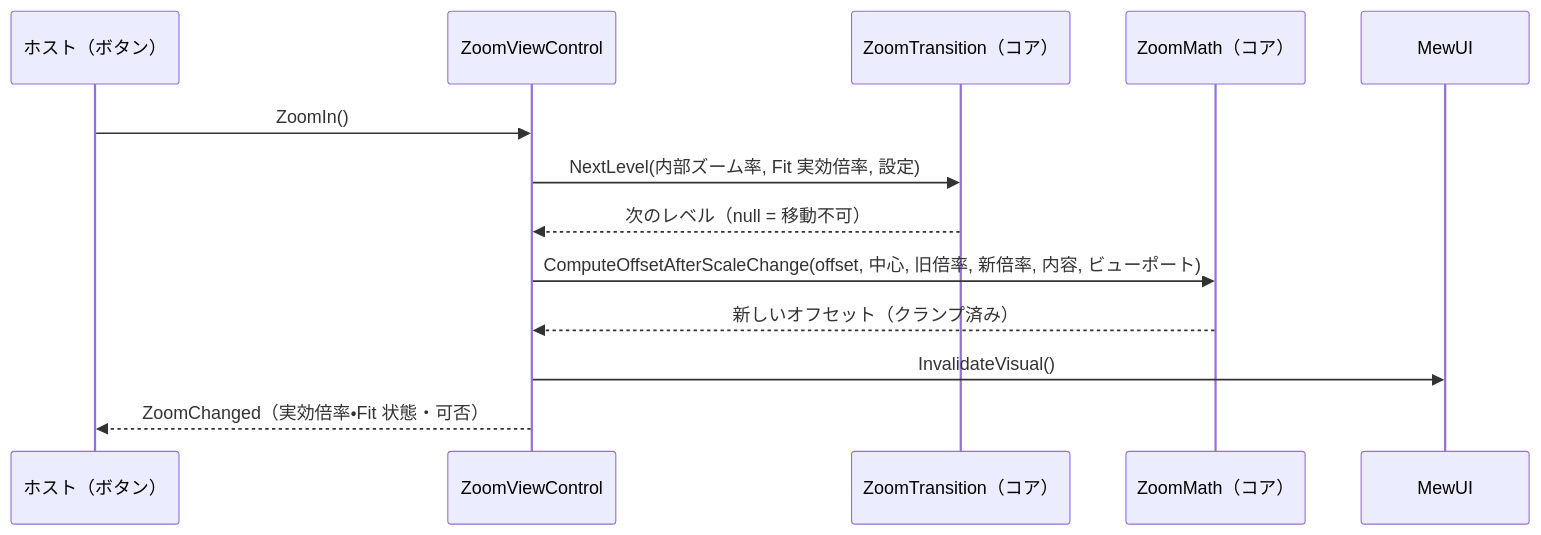
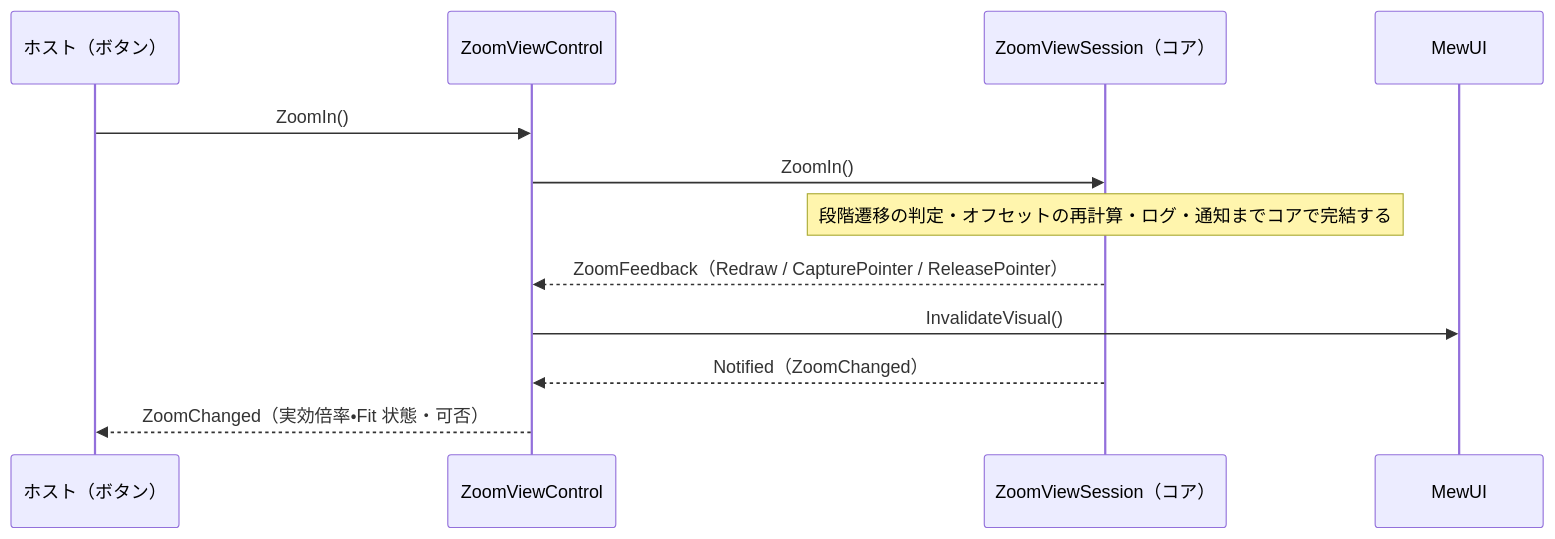
One commit to tomokuni/SaveEvidence changed the second of 4 diagrams in src/ZoomViewControl.MewUI/SPEC_System.md. Above: the diagram before and after it, drawn with Mermaid. The commit also changed other lines of this file and 226 other files, not shown here.

````diff
--- a/src/ZoomViewControl.MewUI/SPEC_System.md
+++ b/src/ZoomViewControl.MewUI/SPEC_System.md
@@ -152,16 +149,15 @@
 ```mermaid
 sequenceDiagram
     participant H as ホスト（ボタン）
     participant Z as ZoomViewControl
-    participant T as ZoomTransition（コア）
-    participant M as ZoomMath（コア）
+    participant S as ZoomViewSession（コア）
     participant MW as MewUI
 
     H->>Z: ZoomIn()
-    Z->>T: NextLevel(内部ズーム率, Fit 実効倍率, 設定)
-    T-->>Z: 次のレベル（null = 移動不可）
-    Z->>M: ComputeOffsetAfterScaleChange(offset, 中心, 旧倍率, 新倍率, 内容, ビューポート)
-    M-->>Z: 新しいオフセット（クランプ済み）
+    Z->>S: ZoomIn()
+    Note over S: 段階遷移の判定・オフセットの再計算・ログ・通知までコアで完結する
+    S-->>Z: ZoomFeedback（Redraw / CapturePointer / ReleasePointer）
     Z->>MW: InvalidateVisual()
+    S-->>Z: Notified（ZoomChanged）
     Z-->>H: ZoomChanged（実効倍率・Fit 状態・可否）
 ```
````
